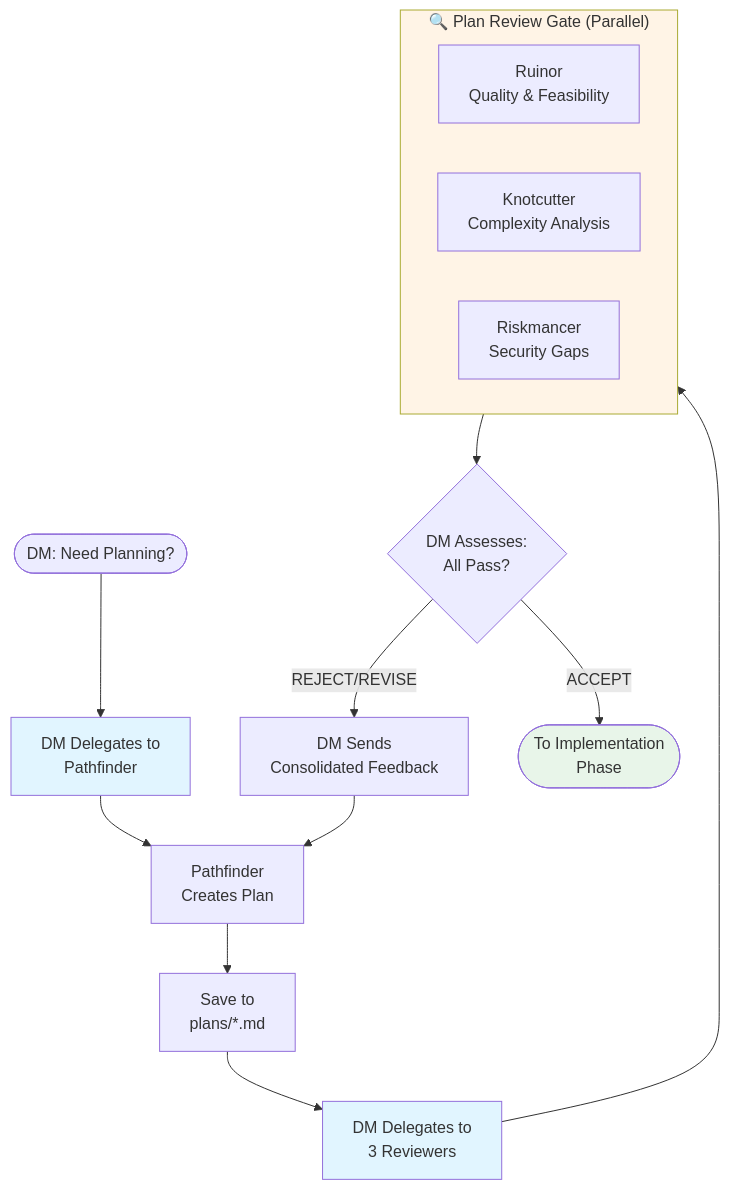
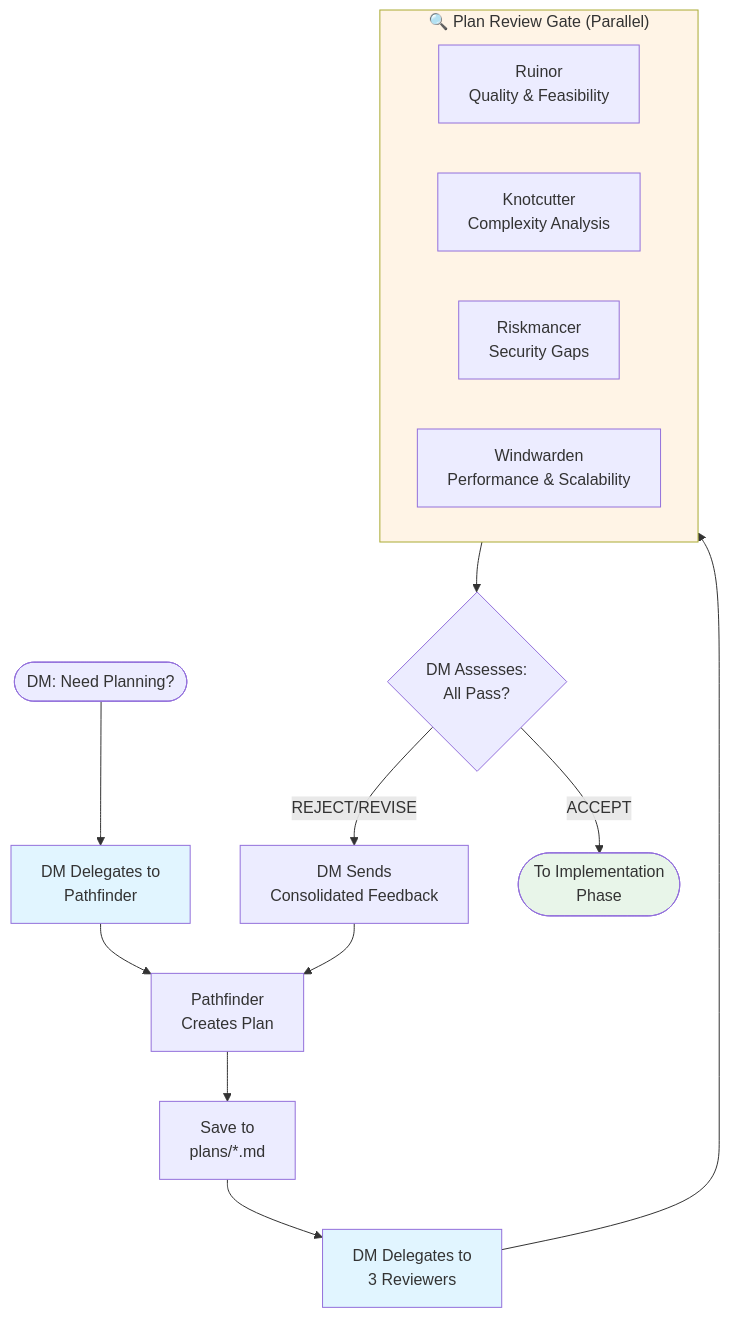
The second of 3 diagrams in README.md (alkofu/ai-tpk), drawn with Mermaid before and after one commit. The commit also changed other lines of this file and 5 other files, not shown here.

First line of the commit message:
feat(agents): add Windwarden performance reviewer to orchestration workflow (#23)

````diff
--- a/README.md
+++ b/README.md
@@ -103,26 +103,27 @@
 ```mermaid
 flowchart TD
     Start([DM: Need Planning?]) --> DelegateP[DM Delegates to<br/>Pathfinder]
     DelegateP --> PF[Pathfinder<br/>Creates Plan]
     PF --> SavePlan[Save to<br/>plans/*.md]
     SavePlan --> DelegateR[DM Delegates to<br/>3 Reviewers]
 
     DelegateR --> ReviewGate
 
     subgraph ReviewGate["🔍 Plan Review Gate (Parallel)"]
         R1[Ruinor<br/>Quality & Feasibility]
         K1[Knotcutter<br/>Complexity Analysis]
         RS1[Riskmancer<br/>Security Gaps]
+        W1[Windwarden<br/>Performance & Scalability]
     end
 
     ReviewGate --> Assess{DM Assesses:<br/>All Pass?}
 
     Assess -->|REJECT/REVISE| Feedback[DM Sends<br/>Consolidated Feedback]
     Feedback --> PF
     Assess -->|ACCEPT| Next([To Implementation<br/>Phase])
 
     style DelegateP fill:#e1f5ff
     style DelegateR fill:#e1f5ff
     style ReviewGate fill:#fff4e6
     style Next fill:#e8f5e9
 ```
````
